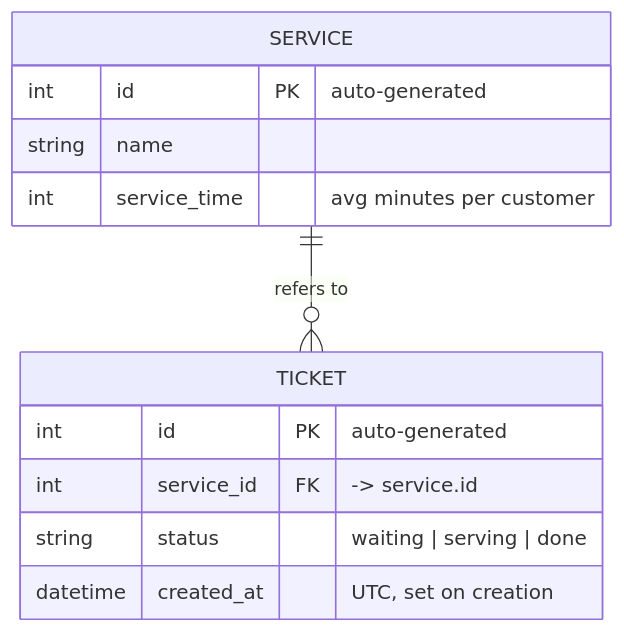
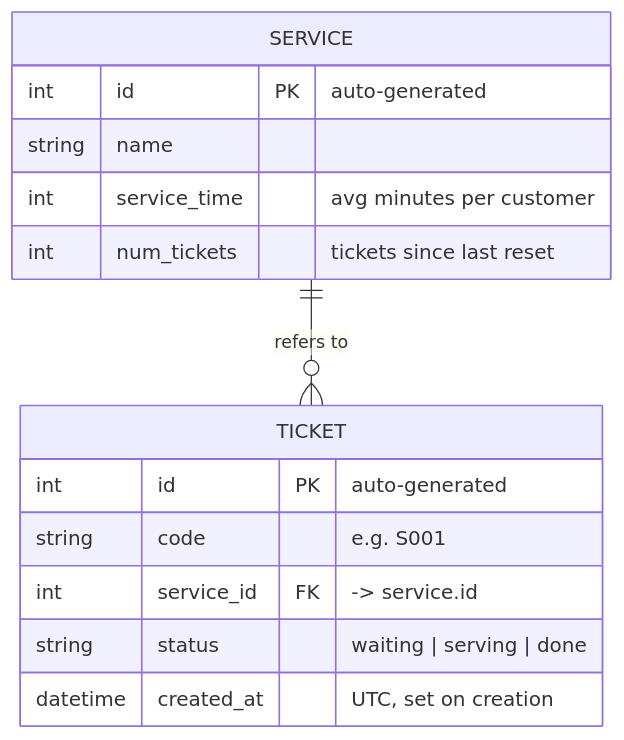
One commit to danielequinzio/TEAM-14---software-engineering-2 changed the second of 3 diagrams in docs/README.md. Above: the diagram before and after it, drawn with Mermaid. The commit also changed other lines of this file, not shown here.

````diff
--- a/docs/README.md
+++ b/docs/README.md
@@ -97,15 +97,17 @@
 ```mermaid
 erDiagram
     SERVICE ||--o{ TICKET : "refers to"
     SERVICE {
         int id PK "auto-generated"
         string name
         int service_time "avg minutes per customer"
+        int num_tickets "tickets since last reset"
     }
     TICKET {
         int id PK "auto-generated"
+        string code "e.g. S001"
         int service_id FK "-> service.id"
         string status "waiting | serving | done"
         datetime created_at "UTC, set on creation"
     }
 ```
````
